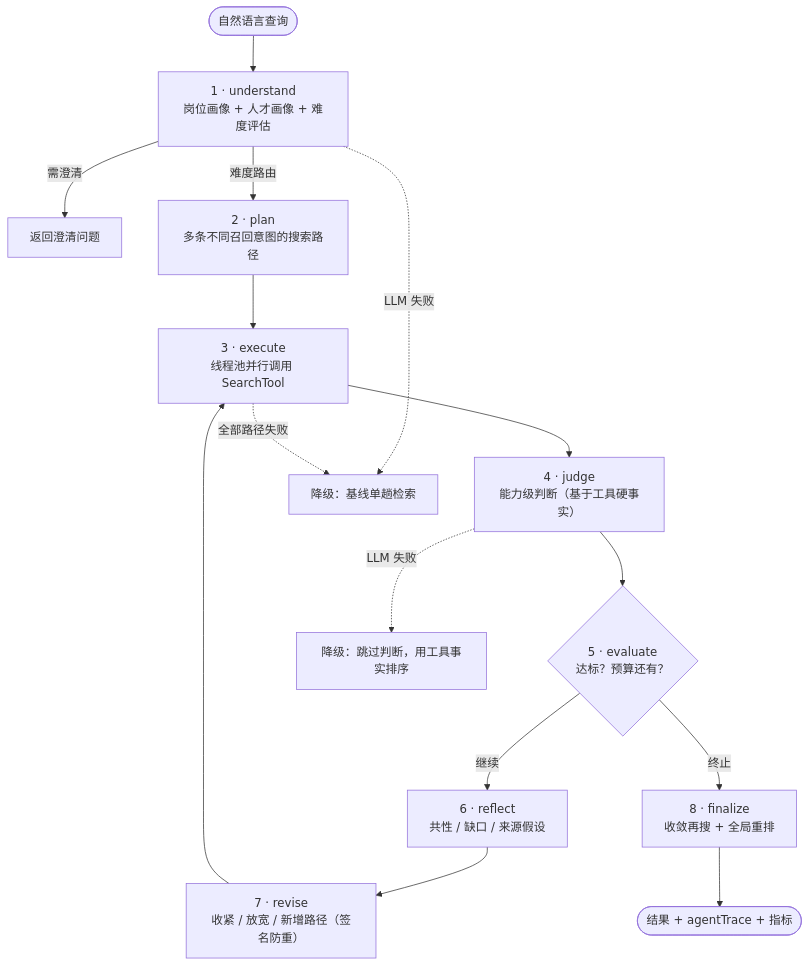
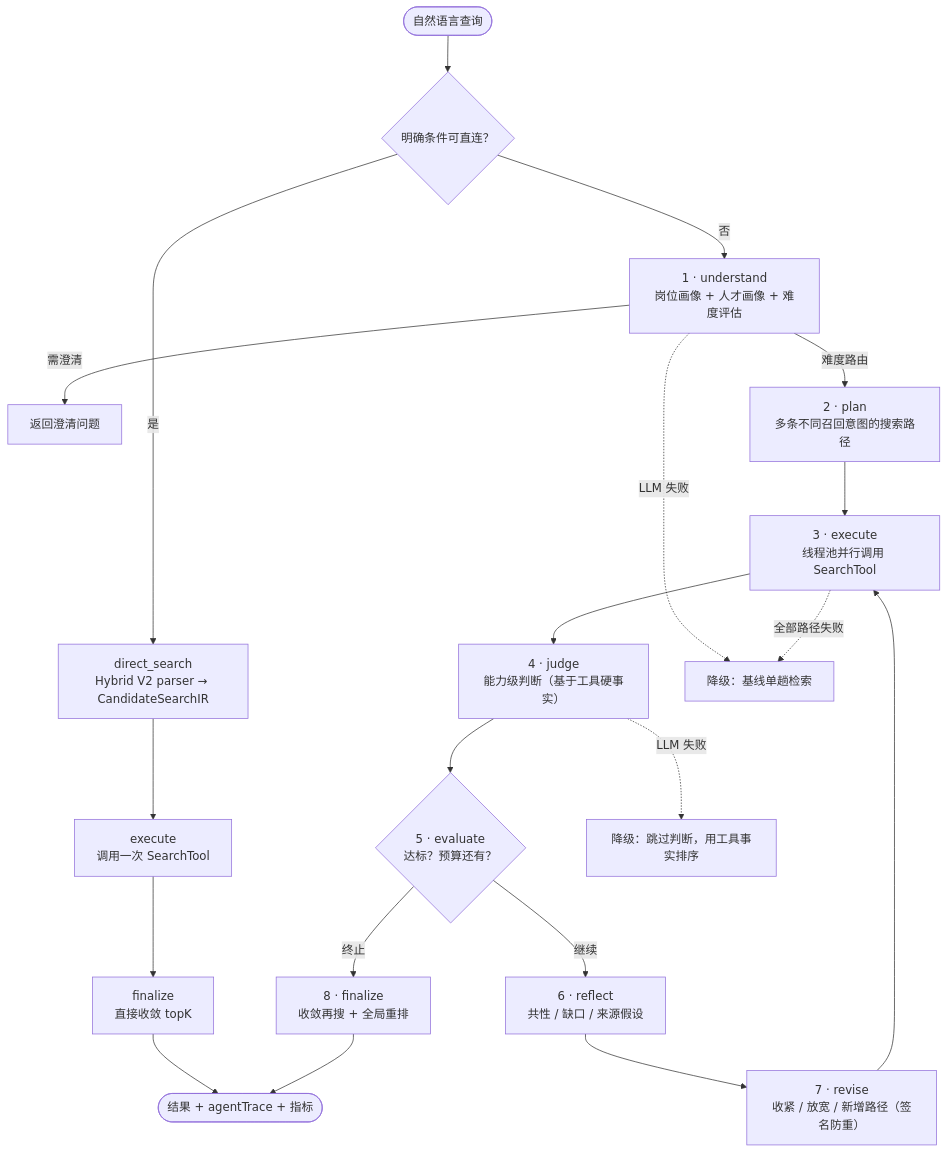
Before and after one commit to 12wa2/search-agent-harness: the diagram in README.md, drawn with Mermaid. The commit also changed other lines of this file and 26 other files, not shown here.

Commit message:
feat: route simple searches through Hybrid V2 parser

````diff
--- a/README.md
+++ b/README.md
@@ -478,17 +496,22 @@
 ```mermaid
 flowchart TD
-    Q([自然语言查询]) --> U["1 · understand<br/>岗位画像 + 人才画像 + 难度评估"]
+    Q([自然语言查询]) --> G{"明确条件可直连？"}
+    G -->|是| DS["direct_search<br/>Hybrid V2 parser → CandidateSearchIR"]
+    DS --> DE["execute<br/>调用一次 SearchTool"]
+    DE --> DF["finalize<br/>直接收敛 topK"]
+    DF --> OUT
+    G -->|否| U["1 · understand<br/>岗位画像 + 人才画像 + 难度评估"]
     U -->|需澄清| CL["返回澄清问题"]
     U -->|难度路由| P["2 · plan<br/>多条不同召回意图的搜索路径"]
     P --> E["3 · execute<br/>线程池并行调用 SearchTool"]
     E --> J["4 · judge<br/>能力级判断（基于工具硬事实）"]
     J --> V{"5 · evaluate<br/>达标？预算还有？"}
     V -->|继续| R["6 · reflect<br/>共性 / 缺口 / 来源假设"]
     R --> RV["7 · revise<br/>收紧 / 放宽 / 新增路径（签名防重）"]
     RV --> E
     V -->|终止| F["8 · finalize<br/>收敛再搜 + 全局重排"]
     F --> OUT(["结果 + agentTrace + 指标"])
     U -.->|LLM 失败| D1["降级：基线单趟检索"]
     E -.->|全部路径失败| D1
     J -.->|LLM 失败| D2["降级：跳过判断，用工具事实排序"]
 ```
````
